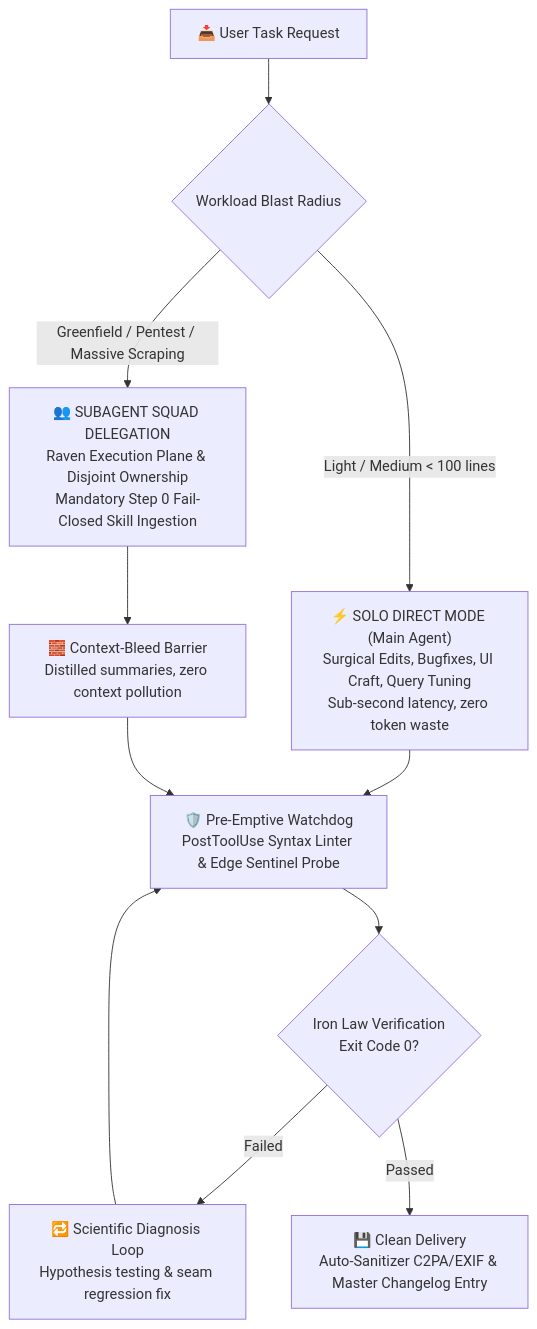
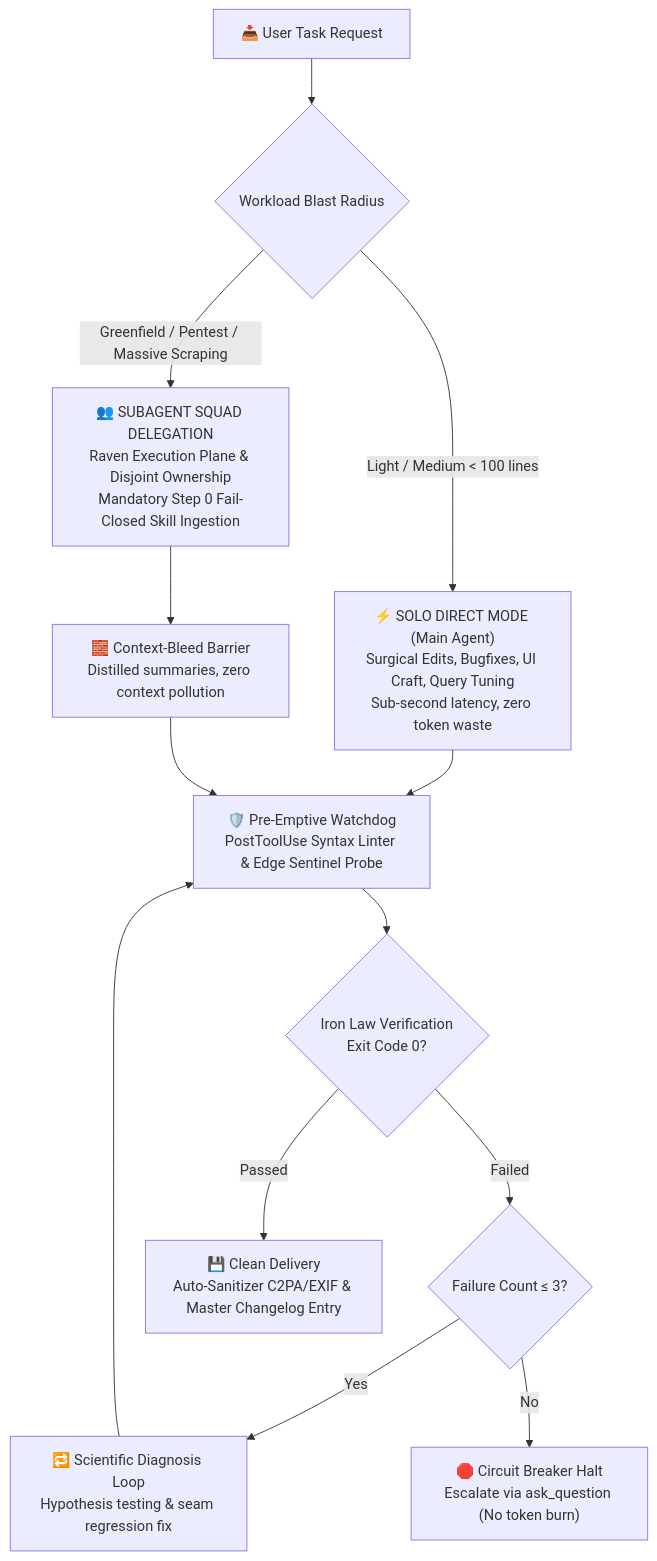
The diagram in README.md (MasterPandaa/UltimateGravity), drawn with Mermaid before and after one commit. The commit also changed other lines of this file and 1 other file, not shown here.

````diff
--- a/README.md
+++ b/README.md
@@ -79,16 +87,19 @@
 ```mermaid
 flowchart TD
     User["📥 User Task Request"] --> Gate{"Workload Blast Radius"}
     
     Gate -->|Light / Medium < 100 lines| Solo["⚡ SOLO DIRECT MODE (Main Agent)<br/>Surgical Edits, Bugfixes, UI Craft, Query Tuning<br/>Sub-second latency, zero token waste"]
     Gate -->|Greenfield / Pentest / Massive Scraping| Squad["👥 SUBAGENT SQUAD DELEGATION<br/>Raven Execution Plane & Disjoint Ownership<br/>Mandatory Step 0 Fail-Closed Skill Ingestion"]
     
     Solo --> Watchdog["🛡️ Pre-Emptive Watchdog<br/>PostToolUse Syntax Linter & Edge Sentinel Probe"]
     Squad --> Barrier["🧱 Context-Bleed Barrier<br/>Distilled summaries, zero context pollution"]
     Barrier --> Watchdog
     
     Watchdog --> Verify{"Iron Law Verification<br/>Exit Code 0?"}
-    Verify -->|Failed| SelfHeal["🔁 Scientific Diagnosis Loop<br/>Hypothesis testing & seam regression fix"]
+    Verify -->|Failed| CircuitBreaker{"Failure Count &le; 3?"}
+    CircuitBreaker -->|Yes| SelfHeal["🔁 Scientific Diagnosis Loop<br/>Hypothesis testing & seam regression fix"]
     SelfHeal --> Watchdog
+    CircuitBreaker -->|No| Escalate["🛑 Circuit Breaker Halt<br/>Escalate via ask_question (No token burn)"]
+    
     Verify -->|Passed| Deliver["💾 Clean Delivery<br/>Auto-Sanitizer C2PA/EXIF & Master Changelog Entry"]
 ```
````
